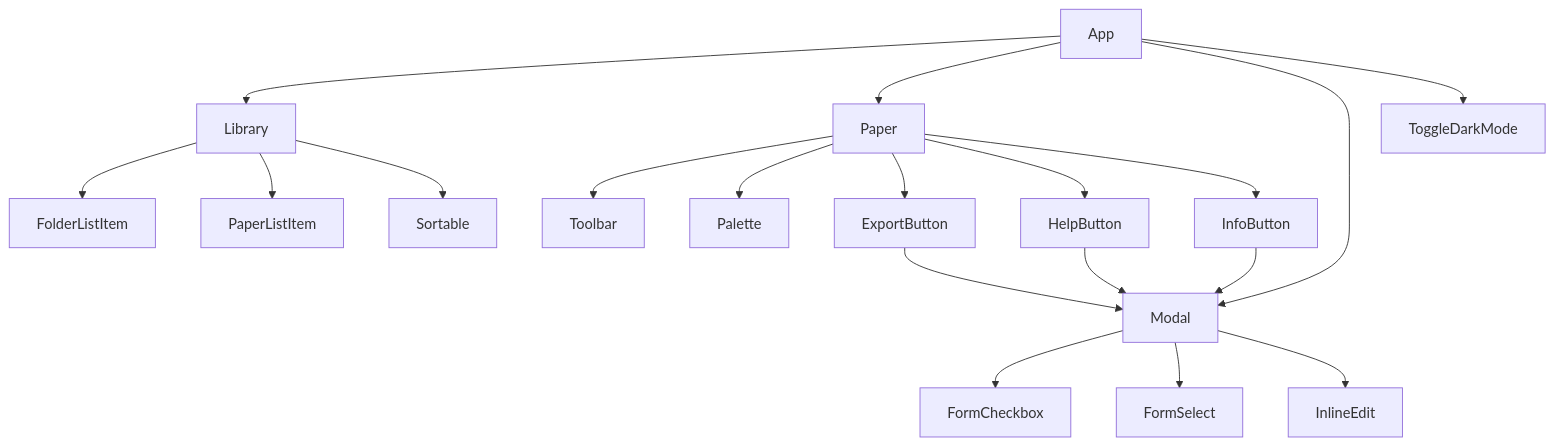
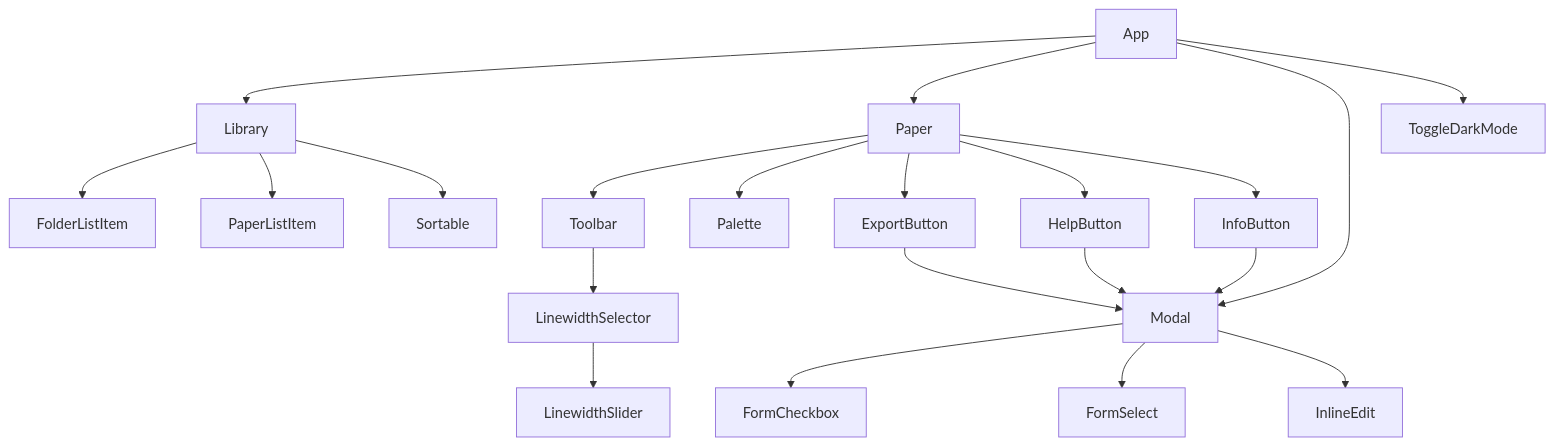
The first of 4 diagrams in documents/interface/react-component-interface.md (TsutsumiShingo/pointless), drawn with Mermaid before and after one commit. The commit also changed other lines of this file and 23 other files, not shown here.

````diff
--- a/documents/interface/react-component-interface.md
+++ b/documents/interface/react-component-interface.md
@@ -9,25 +9,28 @@
 ```mermaid
 graph TB
     A[App] --> B[Library]
     A --> C[Paper]
     A --> D[Modal]
     A --> E[ToggleDarkMode]
     
     B --> F[FolderListItem]
     B --> G[PaperListItem]
     B --> H[Sortable]
     
     C --> I[Toolbar]
     C --> J[Palette]
     C --> K[ExportButton]
     C --> L[HelpButton]
     C --> M[InfoButton]
     
-    D --> N[FormCheckbox]
-    D --> O[FormSelect]
-    D --> P[InlineEdit]
+    I --> N[LinewidthSelector]
+    N --> O[LinewidthSlider]
+    
+    D --> P[FormCheckbox]
+    D --> Q[FormSelect]
+    D --> R[InlineEdit]
     
     K --> D
     L --> D
     M --> D
 ```
````
